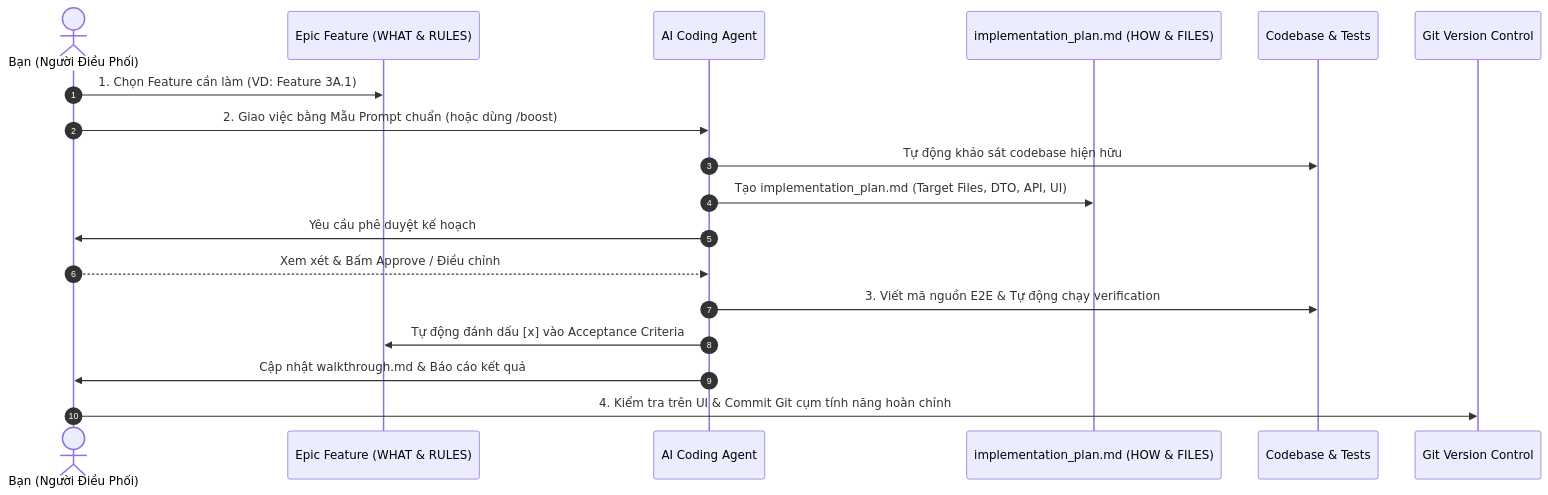
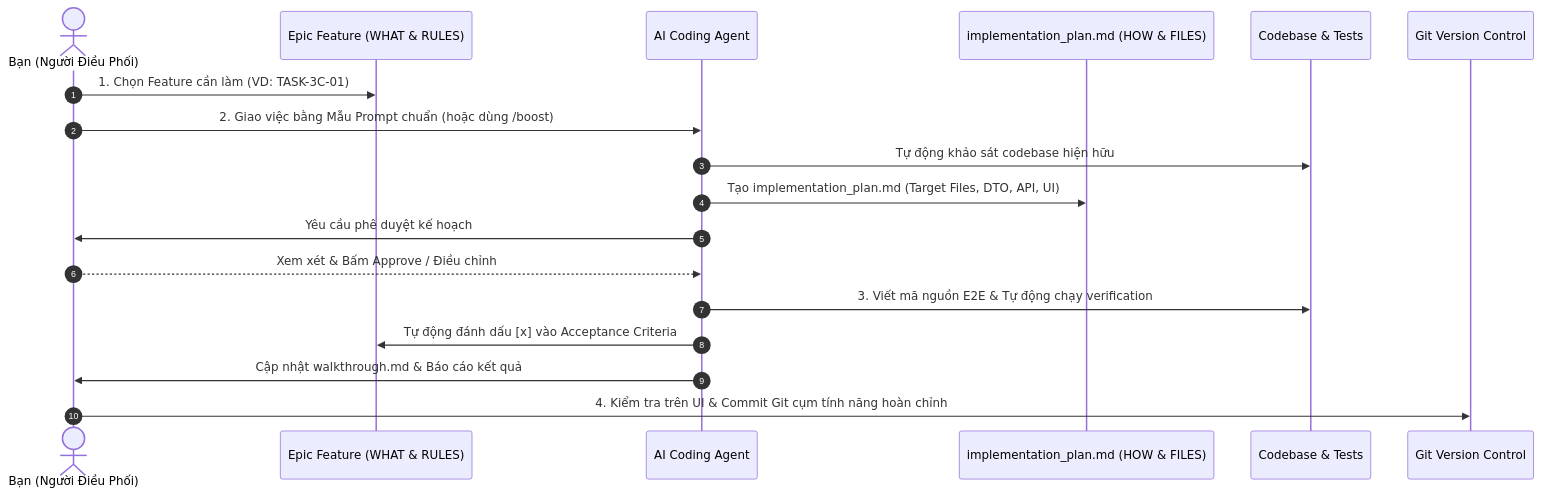
The diagram in docs/backlog/README.md (Mkhai205/sales-copilot), drawn with Mermaid before and after one commit. The commit also changed other lines of this file and 41 other files, not shown here.

````diff
--- a/docs/backlog/README.md
+++ b/docs/backlog/README.md
@@ -14,21 +14,21 @@
 ```mermaid
 sequenceDiagram
     autonumber
     actor User as Bạn (Người Điều Phối)
     participant Backlog as Epic Feature (WHAT & RULES)
     participant Agent as AI Coding Agent
     participant Plan as implementation_plan.md (HOW & FILES)
     participant Code as Codebase & Tests
     participant Git as Git Version Control
 
-    User->>Backlog: 1. Chọn Feature cần làm (VD: Feature 3A.1)
+    User->>Backlog: 1. Chọn Feature cần làm (VD: TASK-3C-01)
     User->>Agent: 2. Giao việc bằng Mẫu Prompt chuẩn (hoặc dùng /boost)
     Agent->>Code: Tự động khảo sát codebase hiện hữu
     Agent->>Plan: Tạo implementation_plan.md (Target Files, DTO, API, UI)
     Agent->>User: Yêu cầu phê duyệt kế hoạch
     User-->>Agent: Xem xét & Bấm Approve / Điều chỉnh
     Agent->>Code: 3. Viết mã nguồn E2E & Tự động chạy verification
     Agent->>Backlog: Tự động đánh dấu [x] vào Acceptance Criteria
     Agent->>User: Cập nhật walkthrough.md & Báo cáo kết quả
     User->>Git: 4. Kiểm tra trên UI & Commit Git cụm tính năng hoàn chỉnh
 ```
````
